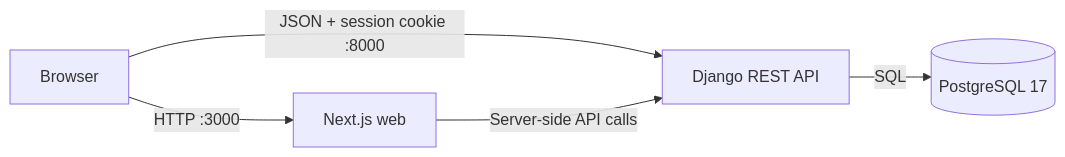
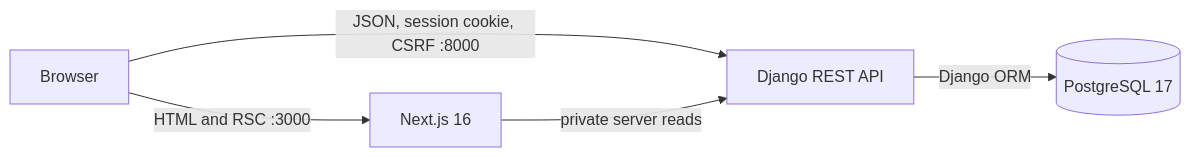
Before and after one commit to CamiloAguilarL/notetaker-turbo-ai: the diagram in docs/architecture.md, drawn with Mermaid. The commit also changed other lines of this file and 4 other files, not shown here.

````diff
--- a/docs/architecture.md
+++ b/docs/architecture.md
@@ -12,7 +16,7 @@
 ```mermaid
 flowchart LR
-  Browser["Browser"] -->|"HTTP :3000"| Web["Next.js web"]
-  Browser -->|"JSON + session cookie :8000"| API["Django REST API"]
-  Web -->|"Server-side API calls"| API
-  API -->|"SQL"| DB[("PostgreSQL 17")]
+  Browser["Browser"] -->|"HTML and RSC :3000"| Web["Next.js 16"]
+  Browser -->|"JSON, session cookie, CSRF :8000"| API["Django REST API"]
+  Web -->|"private server reads"| API
+  API -->|"Django ORM"| DB[("PostgreSQL 17")]
 ```
````
